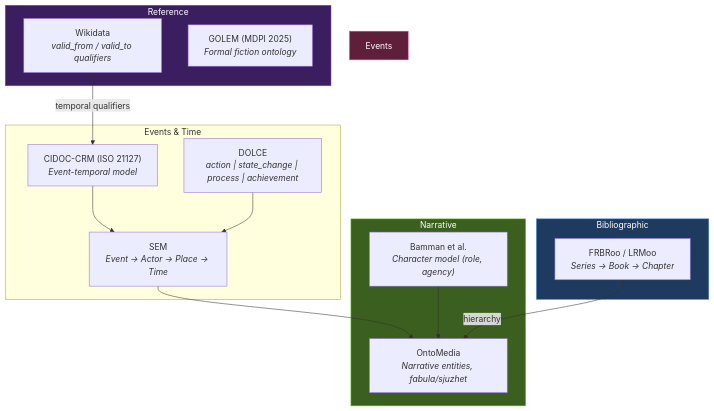
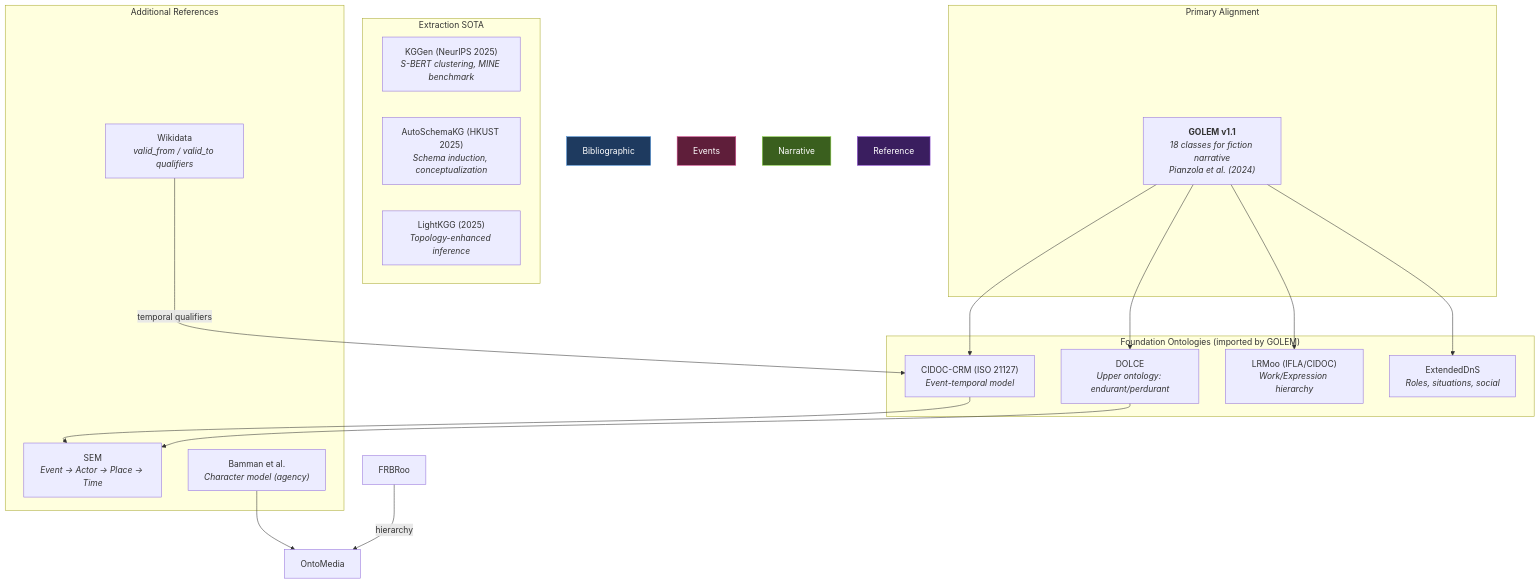
The first of 2 diagrams in docs/ontology.md (xairon/WorldRAG), drawn with Mermaid before and after one commit. The commit also changed other lines of this file and 1 other file, not shown here.

First line of the commit message:
docs: complete documentation update for GOLEM v1.1 + KG quality

````diff
--- a/docs/ontology.md
+++ b/docs/ontology.md
@@ -43,34 +43,40 @@
 ```mermaid
 graph TB
-    subgraph "Bibliographic"
-        FRBRoo["FRBRoo / LRMoo<br/><i>Series → Book → Chapter</i>"]
+    subgraph "Primary Alignment"
+        GOLEM["<b>GOLEM v1.1</b><br/><i>18 classes for fiction narrative</i><br/><i>Pianzola et al. (2024)</i>"]
     end
 
-    subgraph "Events & Time"
-        SEM["SEM<br/><i>Event → Actor → Place → Time</i>"]
-        DOLCE["DOLCE<br/><i>action | state_change | process | achievement</i>"]
+    subgraph "Foundation Ontologies (imported by GOLEM)"
+        DOLCE["DOLCE<br/><i>Upper ontology: endurant/perdurant</i>"]
         CIDOC["CIDOC-CRM (ISO 21127)<br/><i>Event-temporal model</i>"]
+        LRMoo["LRMoo (IFLA/CIDOC)<br/><i>Work/Expression hierarchy</i>"]
+        ExtDnS["ExtendedDnS<br/><i>Roles, situations, social</i>"]
     end
 
-    subgraph "Narrative"
-        OntoMedia["OntoMedia<br/><i>Narrative entities, fabula/sjuzhet</i>"]
-        Bamman["Bamman et al.<br/><i>Character model (role, agency)</i>"]
+    subgraph "Extraction SOTA"
+        KGGen["KGGen (NeurIPS 2025)<br/><i>S-BERT clustering, MINE benchmark</i>"]
+        AutoSchema["AutoSchemaKG (HKUST 2025)<br/><i>Schema induction, conceptualization</i>"]
+        LightKGG["LightKGG (2025)<br/><i>Topology-enhanced inference</i>"]
     end
 
-    subgraph "Reference"
+    subgraph "Additional References"
+        SEM["SEM<br/><i>Event → Actor → Place → Time</i>"]
+        Bamman["Bamman et al.<br/><i>Character model (agency)</i>"]
         Wikidata["Wikidata<br/><i>valid_from / valid_to qualifiers</i>"]
-        GOLEM["GOLEM (MDPI 2025)<br/><i>Formal fiction ontology</i>"]
     end
 
+    GOLEM --> DOLCE
+    GOLEM --> CIDOC
+    GOLEM --> LRMoo
+    GOLEM --> ExtDnS
     CIDOC --> SEM
-    SEM --> OntoMedia
     Wikidata --> |temporal qualifiers| CIDOC
     DOLCE --> SEM
     Bamman --> OntoMedia
     FRBRoo --> |hierarchy| OntoMedia
 
     style Bibliographic fill:#1e3a5f,stroke:#4a90d9,color:#fff
     style Events fill:#5f1e3a,stroke:#d94a90,color:#fff
     style Narrative fill:#3a5f1e,stroke:#90d94a,color:#fff
     style Reference fill:#3a1e5f,stroke:#904ad9,color:#fff
 ```
````
